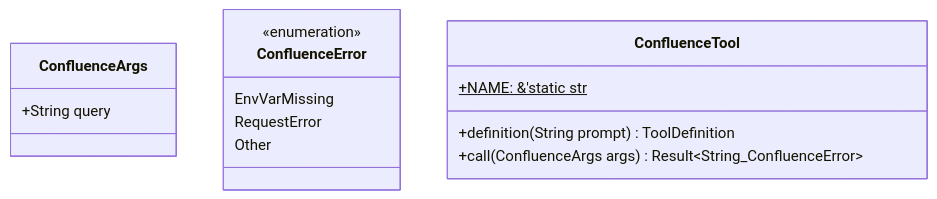
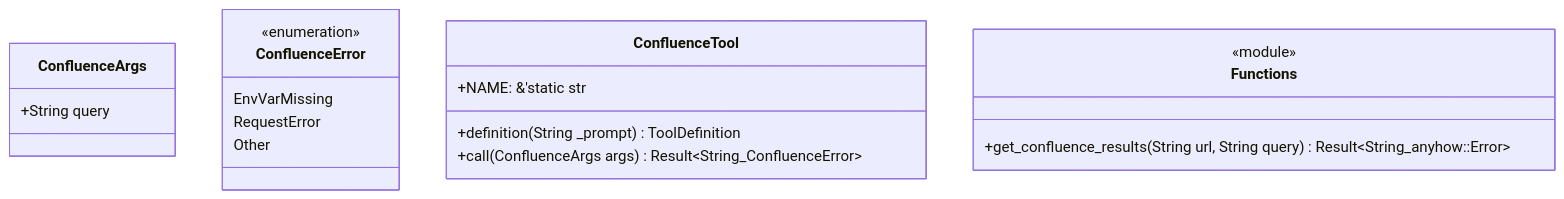
Before and after one commit to lgcorzo/fastapi-autogen-team: the first of 2 diagrams in .knowledge/src-infrastructure-tools-confluence.md, drawn with Mermaid. The commit also changed other lines of this file and 10 other files, not shown here.

````diff
--- a/.knowledge/src-infrastructure-tools-confluence.md
+++ b/.knowledge/src-infrastructure-tools-confluence.md
@@ -18,19 +18,24 @@
 ```mermaid
 classDiagram
     class ConfluenceArgs {
         +String query
     }
 
     class ConfluenceError {
         <<enumeration>>
         EnvVarMissing
         RequestError
         Other
     }
 
     class ConfluenceTool {
-        +NAME: &'static str$
-        +definition(String prompt) ToolDefinition
+        +NAME: &'static str
+        +definition(String _prompt) ToolDefinition
         +call(ConfluenceArgs args) Result~String_ConfluenceError~
     }
+
+    class Functions {
+        <<module>>
+        +get_confluence_results(String url, String query) Result~String_anyhow::Error~
+    }
 ```
````
